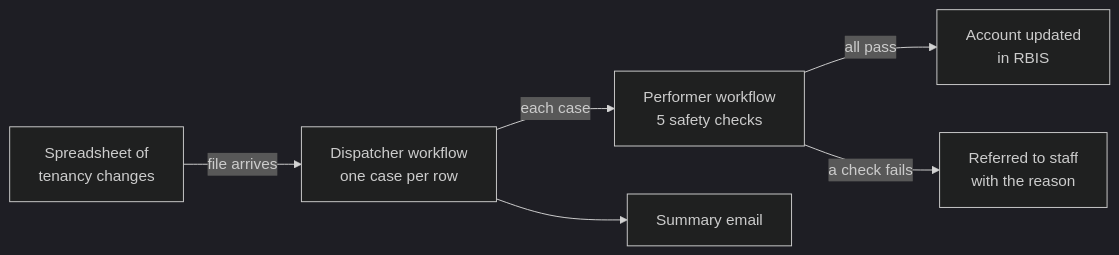
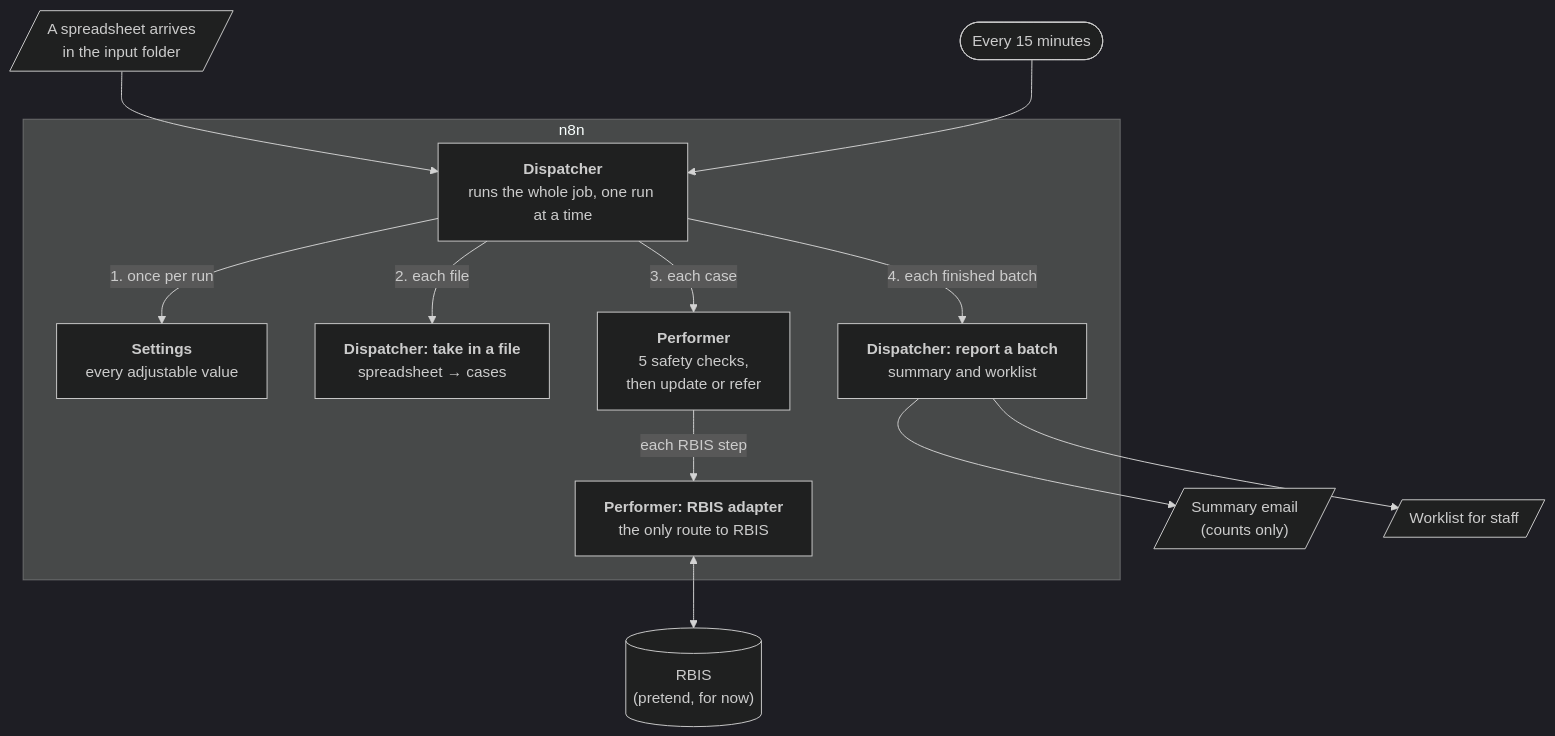
One commit to sgshaji/n8n-builder changed the first of 3 diagrams in README.md. Above: the diagram before and after it, drawn with Mermaid (dark theme). The commit also changed other lines of this file and 36 other files, not shown here.

````diff
--- a/README.md
+++ b/README.md
@@ -20,8 +30,23 @@
 ```mermaid
-flowchart LR
-    F[Spreadsheet of<br/>tenancy changes] -->|file arrives| D[Dispatcher workflow<br/>one case per row]
-    D -->|each case| P[Performer workflow<br/>5 safety checks]
-    P -->|all pass| U[Account updated<br/>in RBIS]
-    P -->|a check fails| R[Referred to staff<br/>with the reason]
-    D --> S[Summary email]
+flowchart TB
+    F[/"A spreadsheet arrives<br/>in the input folder"/] --> D
+    T(["Every 15 minutes"]) --> D
+
+    subgraph N8N["n8n"]
+        D["<b>Dispatcher</b><br/>runs the whole job, one run at a time"]
+        S["<b>Settings</b><br/>every adjustable value"]
+        DT["<b>Dispatcher: take in a file</b><br/>spreadsheet → cases"]
+        P["<b>Performer</b><br/>5 safety checks,<br/>then update or refer"]
+        DR["<b>Dispatcher: report a batch</b><br/>summary and worklist"]
+        A["<b>Performer: RBIS adapter</b><br/>the only route to RBIS"]
+    end
+
+    D -->|1. once per run| S
+    D -->|2. each file| DT
+    D -->|3. each case| P
+    D -->|4. each finished batch| DR
+    P -->|each RBIS step| A
+    A <--> R[("RBIS<br/>(pretend, for now)")]
+    DR --> E[/"Summary email<br/>(counts only)"/]
+    DR --> W[/"Worklist for staff"/]
 ```
````
